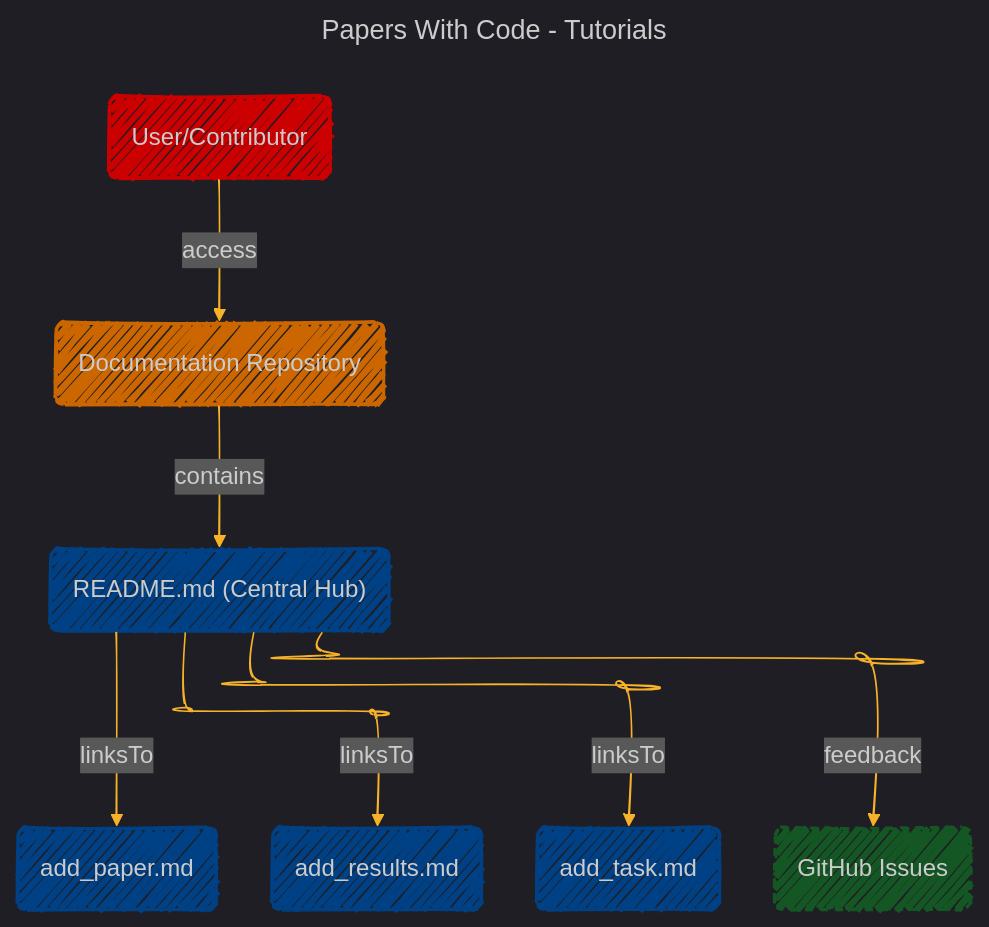
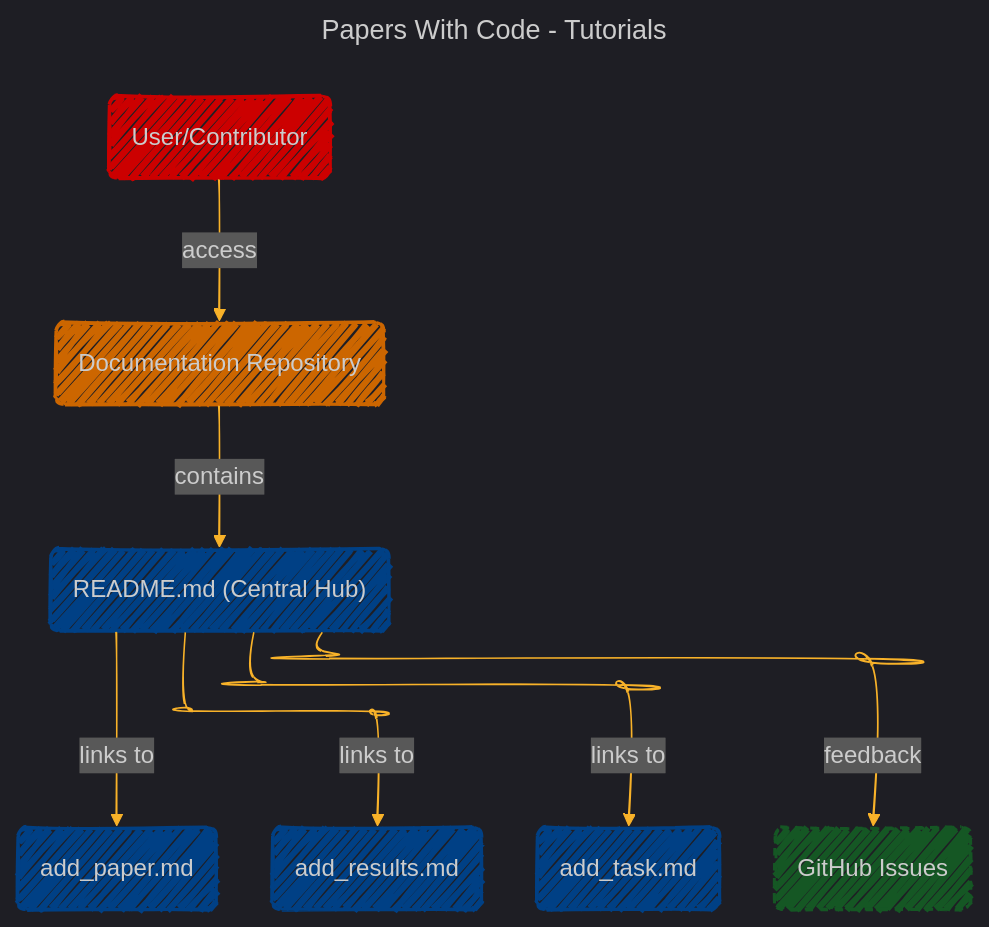
One commit to CongLeSolutionX/ArchExplorer changed the diagram in PAPER_WITH_CODE/paperswithcode-tutorials/paperswithcode-tutorials.md. Above: the diagram before and after it, drawn with Mermaid.

````diff
--- a/PAPER_WITH_CODE/paperswithcode-tutorials/paperswithcode-tutorials.md
+++ b/PAPER_WITH_CODE/paperswithcode-tutorials/paperswithcode-tutorials.md
@@ -39,58 +39,58 @@
 ```mermaid
 ---
 title: "Papers With Code - Tutorials"
 author: "Cong Le"
 version: "1.0"
 license(s): "MIT, CC BY 4.0"
 copyright: "Copyright (c) 2025 Cong Le. All Rights Reserved."
 config:
   layout: elk
   look: handDrawn
   theme: dark
 ---
 %%%%%%%% Mermaid version v11.4.1-b.14
 %%%%%%%% Toggle theme value to `base` to activate the initilization below for the customized theme version.
 %%%%%%%% Available curve styles include the following keywords:
 %% basis, bumpX, bumpY, cardinal, catmullRom, linear, monotoneX, monotoneY, natural, step, stepAfter, stepBefore.
 %%{
   init: {
     "flowchart": {"htmlLabels": true, 'curve': 'natural'},
     'fontFamily': 'Fantasy',
     'themeVariables': {
       'primaryColor': '#f231',
       'primaryTextColor': '#239',
       'primaryBorderColor': '#7c2',
       'lineColor': '#F8B229',
       'secondaryColor': '#006100',
       'tertiaryColor': '#fff'
     }
   }
 }%%
 flowchart TD
     User("User/Contributor"):::contributor
     DR("Documentation Repository"):::repository
     README("README.md (Central Hub)"):::doc
     AP("add_paper.md"):::doc
     AR("add_results.md"):::doc
     AT("add_task.md"):::doc
     GHI("GitHub Issues"):::external
 
     User -->|"access"| DR
     DR -->|"contains"| README
-    README -->|"linksTo"| AP
-    README -->|"linksTo"| AR
-    README -->|"linksTo"| AT
+    README -->|"links to"| AP
+    README -->|"links to"| AR
+    README -->|"links to"| AT
     README -->|"feedback"| GHI
 
     click DR "https://github.com/paperswithcode/tutorials/tree/main/project root"
     click README "https://github.com/paperswithcode/tutorials/blob/main/README.md"
     click AP "https://github.com/paperswithcode/tutorials/blob/main/add_paper.md"
     click AR "https://github.com/paperswithcode/tutorials/blob/main/add_results.md"
     click AT "https://github.com/paperswithcode/tutorials/blob/main/add_task.md"
 
     classDef contributor fill:#ffccc,stroke:#cc0000,stroke-width:2px
     classDef repository fill:#ffe6b,stroke:#cc6600,stroke-width:2px
     classDef doc fill:#cce5f,stroke:#004085,stroke-width:2px
     classDef external fill:#d4edd,stroke:#155724,stroke-width:2px,stroke-dasharray: 5,5
 
 ```
````
